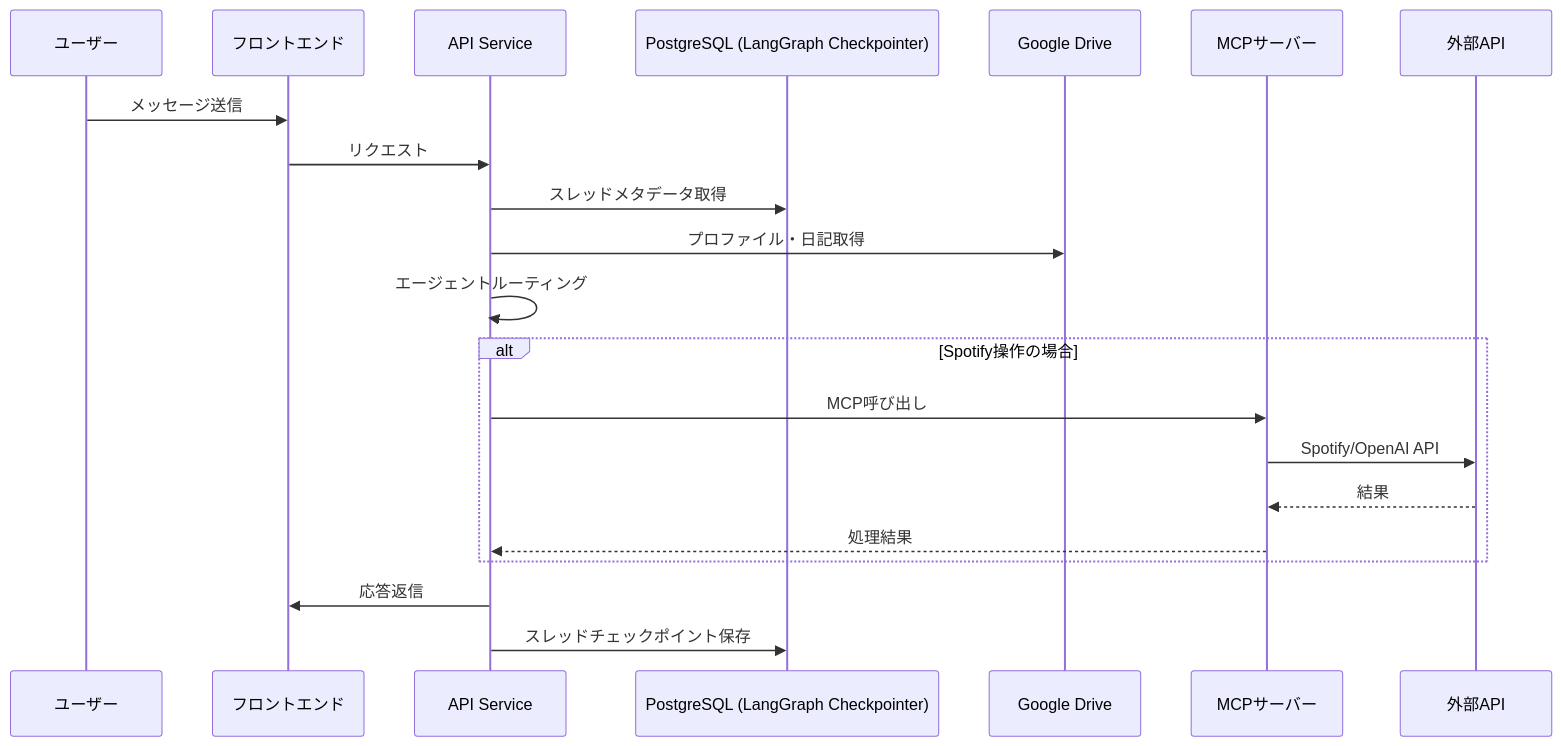
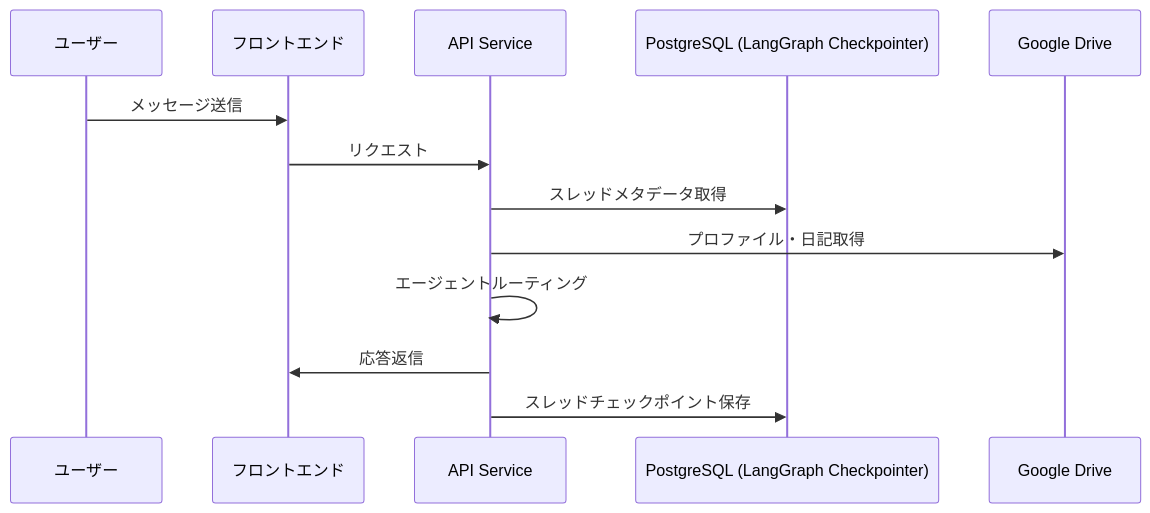
Before and after one commit to Tomodo1773/line-character-agent: the second of 2 diagrams in README.md, drawn with Mermaid. The commit also changed other lines of this file and 8 other files, not shown here.

First line of the commit message:
refactor(api): drop spotify mcp integration from api (#483)

````diff
--- a/README.md
+++ b/README.md
@@ -154,26 +150,16 @@
 ```mermaid
 sequenceDiagram
     participant User as ユーザー
     participant Frontend as フロントエンド
     participant API as API Service
     participant Postgres as PostgreSQL (LangGraph Checkpointer)
     participant GoogleDrive as Google Drive
-    participant MCP as MCPサーバー
-    participant External as 外部API
 
     User->>Frontend: メッセージ送信
     Frontend->>API: リクエスト
     API->>Postgres: スレッドメタデータ取得
     API->>GoogleDrive: プロファイル・日記取得
     API->>API: エージェントルーティング
-    
-    alt Spotify操作の場合
-        API->>MCP: MCP呼び出し
-        MCP->>External: Spotify/OpenAI API
-        External-->>MCP: 結果
-        MCP-->>API: 処理結果
-    end
-    
     API->>Frontend: 応答返信
     API->>Postgres: スレッドチェックポイント保存
 ```
````
